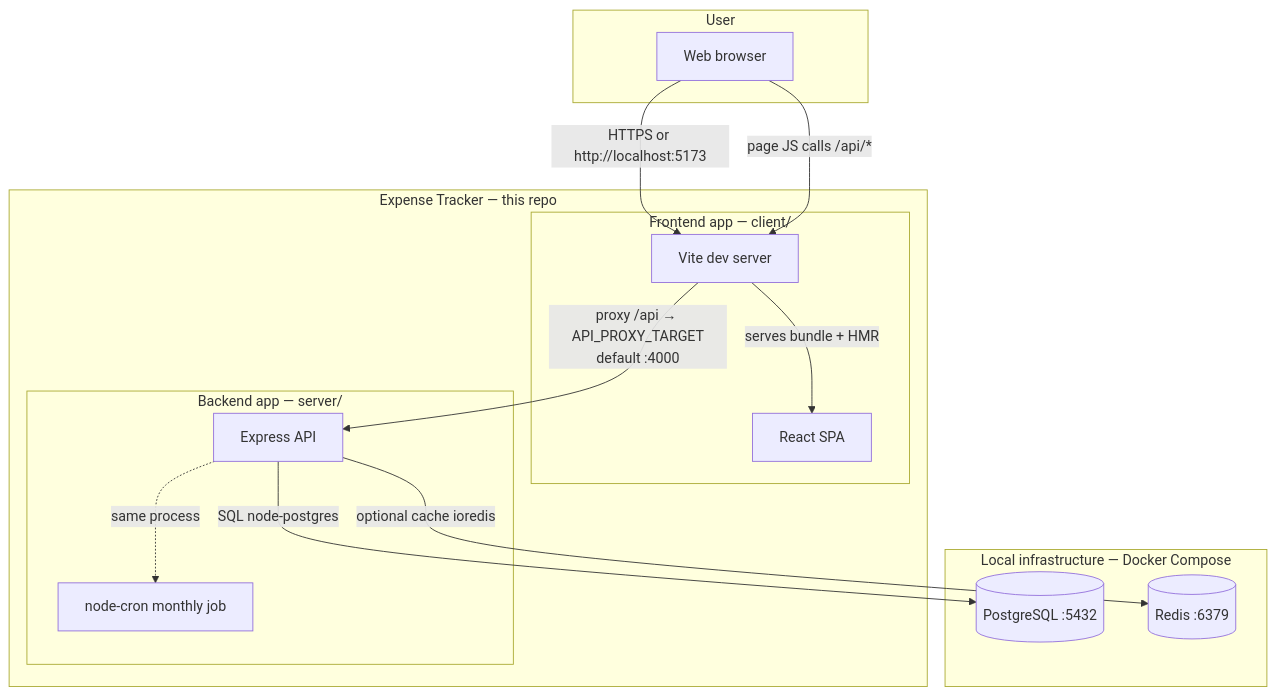
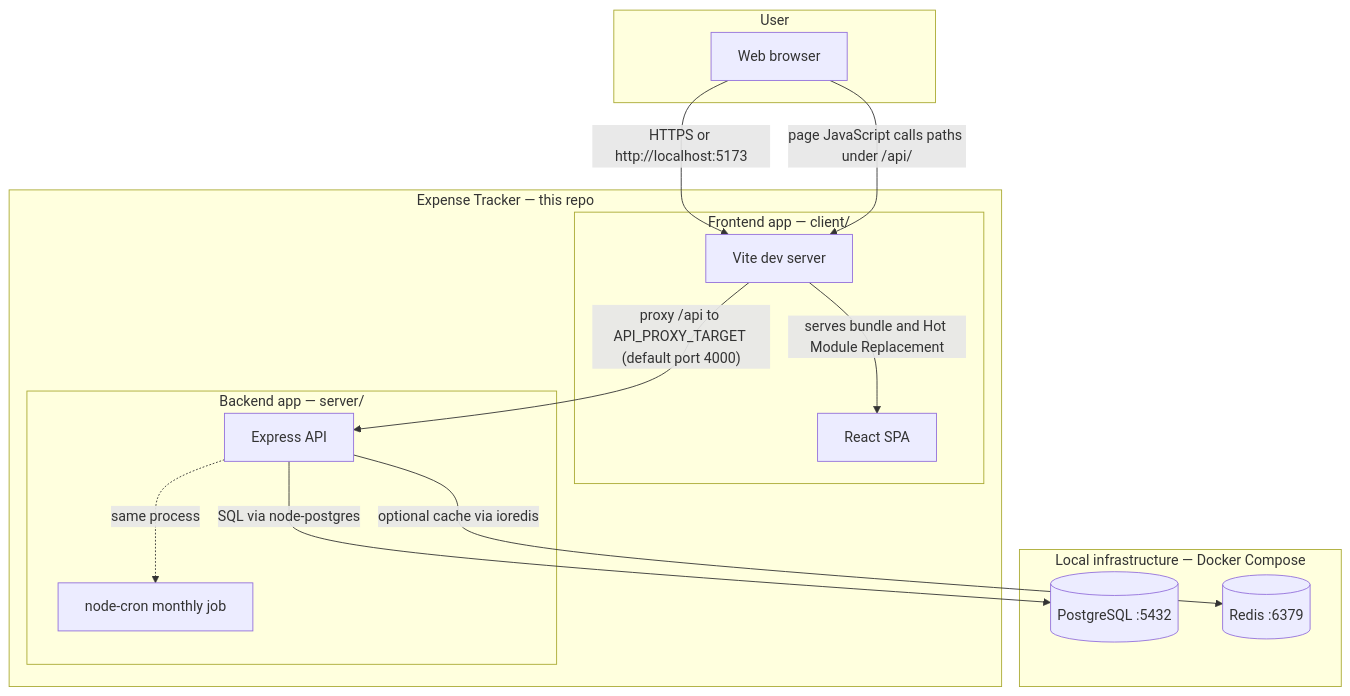
One commit to becomeonewiththecode/expense_tracker changed the first of 10 diagrams in docs/ARCHITECTURE_DIAGRAM.md. Above: the diagram before and after it, drawn with Mermaid. The commit also changed other lines of this file and 6 other files, not shown here.

````diff
--- a/docs/ARCHITECTURE_DIAGRAM.md
+++ b/docs/ARCHITECTURE_DIAGRAM.md
@@ -11,30 +11,30 @@
 ```mermaid
 flowchart TB
   subgraph actor [User]
     B[Web browser]
   end
 
   subgraph expense_tracker [Expense Tracker — this repo]
     subgraph fe [Frontend app — client/]
       RS[React SPA]
       VT[Vite dev server]
-      VT -->|serves bundle + HMR| RS
+      VT -->|serves bundle and Hot Module Replacement| RS
     end
     subgraph be [Backend app — server/]
       EX[Express API]
       CRON[node-cron monthly job]
       EX -.->|same process| CRON
     end
   end
 
   subgraph infra [Local infrastructure — Docker Compose]
     PG[(PostgreSQL :5432)]
     RD[(Redis :6379)]
   end
 
   B -->|HTTPS or http://localhost:5173| VT
-  B -->|page JS calls /api/*| VT
-  VT -->|"proxy /api → API_PROXY_TARGET<br/>default :4000"| EX
-  EX -->|SQL node-postgres| PG
-  EX -->|optional cache ioredis| RD
+  B -->|page JavaScript calls paths under /api/| VT
+  VT -->|"proxy /api to API_PROXY_TARGET (default port 4000)"| EX
+  EX -->|SQL via node-postgres| PG
+  EX -->|optional cache via ioredis| RD
 ```
````
